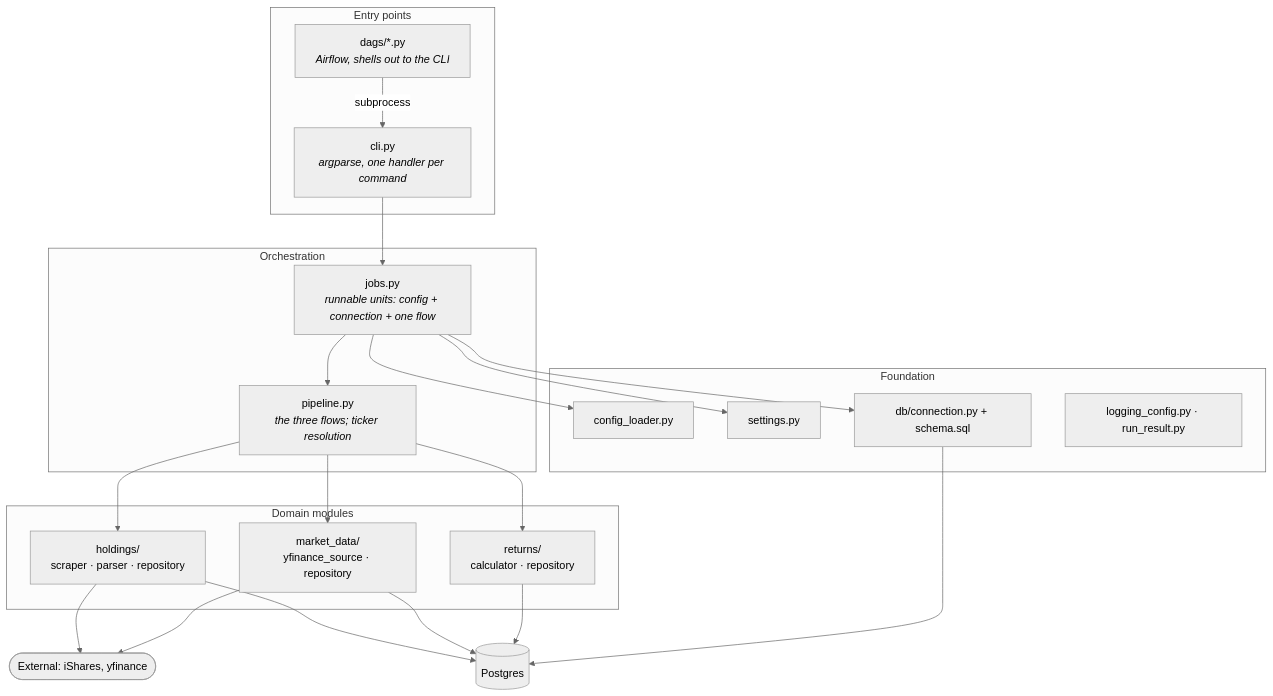
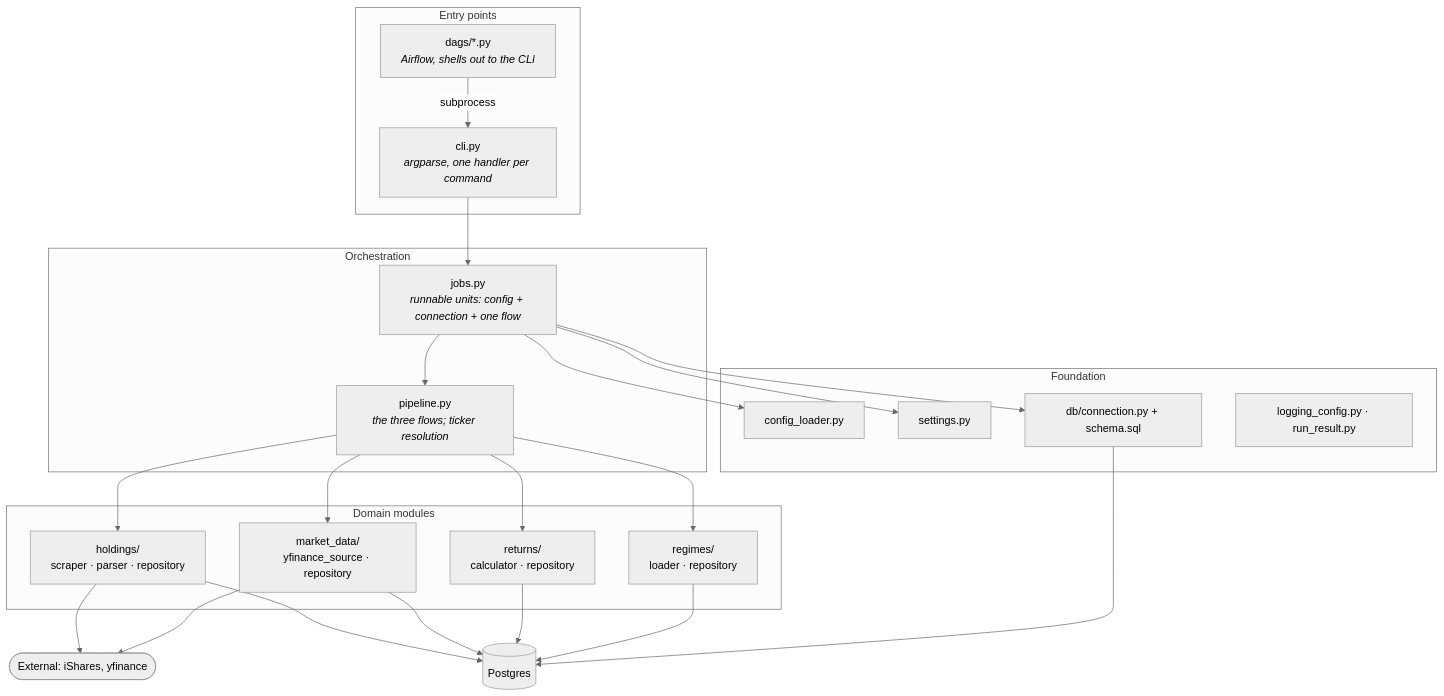
The first of 3 diagrams in services/data-store/docs/architecture.md (jpedropereira/Stakehold), drawn with Mermaid (neutral theme) before and after one commit. The commit also changed other lines of this file and 19 other files, not shown here.

````diff
--- a/services/data-store/docs/architecture.md
+++ b/services/data-store/docs/architecture.md
@@ -33,44 +33,47 @@
 ```mermaid
 flowchart TD
     subgraph entry["Entry points"]
         CLI["cli.py<br/><i>argparse, one handler per command</i>"]
         DAGS["dags/*.py<br/><i>Airflow, shells out to the CLI</i>"]
     end
 
     subgraph orch["Orchestration"]
         JOBS["jobs.py<br/><i>runnable units: config + connection + one flow</i>"]
         PIPE["pipeline.py<br/><i>the three flows; ticker resolution</i>"]
     end
 
     subgraph domain["Domain modules"]
         HOLD["holdings/<br/>scraper · parser · repository"]
         MKT["market_data/<br/>yfinance_source · repository"]
         RET["returns/<br/>calculator · repository"]
+        REG["regimes/<br/>loader · repository"]
     end
 
     subgraph found["Foundation"]
         CONF["config_loader.py"]
         SET["settings.py"]
         DB["db/connection.py + schema.sql"]
         LOG["logging_config.py · run_result.py"]
     end
 
     PG[("Postgres")]
     EXT(["External: iShares, yfinance"])
 
     DAGS -->|subprocess| CLI
     CLI --> JOBS
     JOBS --> PIPE
     JOBS --> CONF
     JOBS --> SET
     JOBS --> DB
     PIPE --> HOLD
     PIPE --> MKT
     PIPE --> RET
+    PIPE --> REG
     HOLD --> EXT
     MKT --> EXT
     HOLD --> PG
     MKT --> PG
     RET --> PG
+    REG --> PG
     DB --> PG
 ```
````
